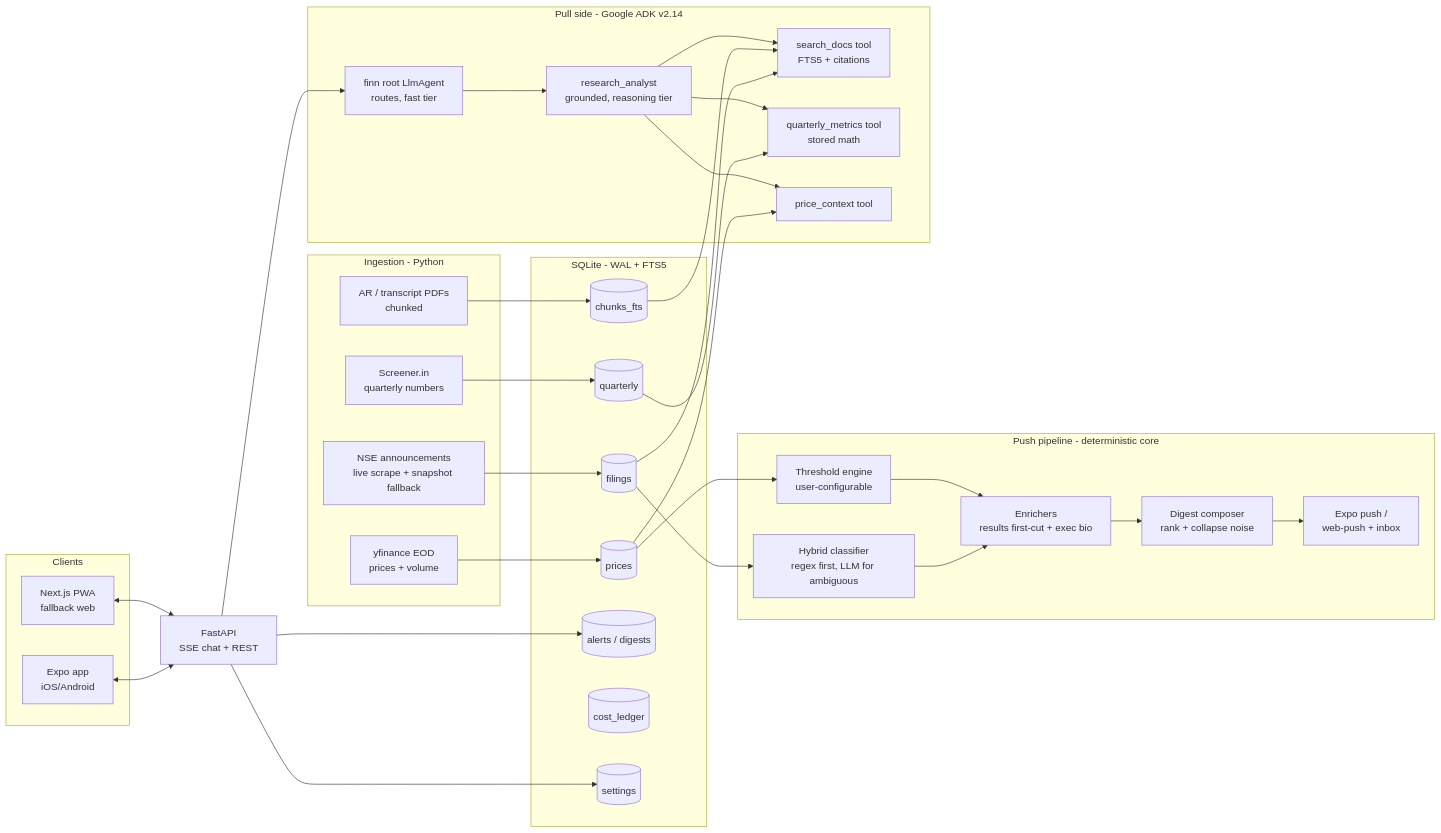
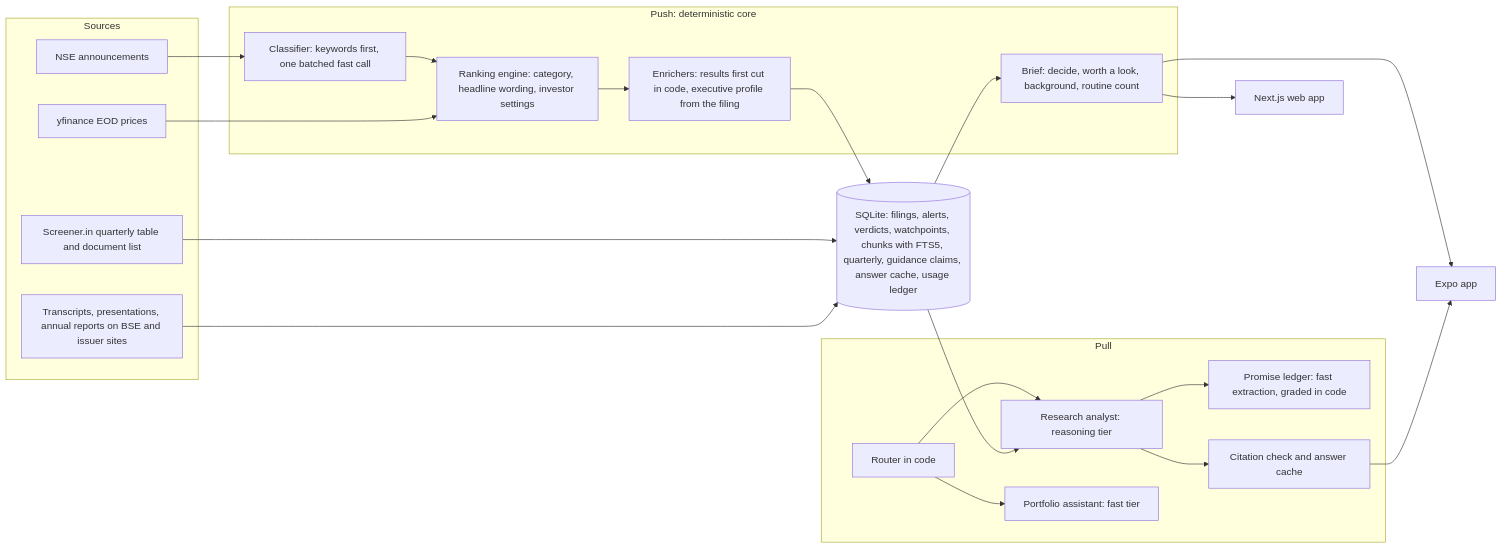
The diagram in docs/ARCHITECTURE.md (Yash04dsr/finn), drawn with Mermaid before and after one commit. The commit also changed other lines of this file and 118 other files, not shown here.

Commit message:
Land the finishable brief, promise ledger and alert evidence page.

````diff
--- a/docs/ARCHITECTURE.md
+++ b/docs/ARCHITECTURE.md
@@ -5,65 +5,40 @@
 ```mermaid
 flowchart LR
-    subgraph ingest [Ingestion - Python]
-        nse[NSE announcements<br/>live scrape + snapshot fallback]
-        yf[yfinance EOD<br/>prices + volume]
-        scr[Screener.in<br/>quarterly numbers]
-        docs[AR / transcript PDFs<br/>chunked]
+    subgraph sources [Sources]
+        nse[NSE announcements]
+        yf[yfinance EOD prices]
+        scr[Screener.in quarterly table and document list]
+        pdf[Transcripts, presentations, annual reports on BSE and issuer sites]
     end
 
-    subgraph store [SQLite - WAL + FTS5]
-        db1[(filings)]
-        db2[(chunks_fts)]
-        db3[(prices)]
-        db4[(quarterly)]
-        db5[(alerts / digests)]
-        db6[(cost_ledger)]
-        db7[(settings)]
+    subgraph push [Push: deterministic core]
+        cls[Classifier: keywords first, one batched fast call]
+        rank[Ranking engine: category, headline wording, investor settings]
+        enr[Enrichers: results first cut in code, executive profile from the filing]
+        brief[Brief: decide, worth a look, background, routine count]
     end
 
-    subgraph push [Push pipeline - deterministic core]
-        cls[Hybrid classifier<br/>regex first, LLM for ambiguous]
-        thr[Threshold engine<br/>user-configurable]
-        enr[Enrichers<br/>results first-cut + exec bio]
-        dgc[Digest composer<br/>rank + collapse noise]
-        wp[Expo push /<br/>web-push + inbox]
+    subgraph pull [Pull]
+        route[Router in code]
+        ra[Research analyst: reasoning tier]
+        asst[Portfolio assistant: fast tier]
+        ledger[Promise ledger: fast extraction, graded in code]
+        cite[Citation check and answer cache]
     end
 
-    subgraph pull [Pull side - Google ADK v2.14]
-        root[finn root LlmAgent<br/>routes, fast tier]
-        ra[research_analyst<br/>grounded, reasoning tier]
-        rag[search_docs tool<br/>FTS5 + citations]
-        met[quarterly_metrics tool<br/>stored math]
-        pcx[price_context tool]
-    end
+    store[(SQLite: filings, alerts, verdicts, watchpoints, chunks with FTS5, quarterly, guidance claims, answer cache, usage ledger)]
 
-    subgraph client [Clients]
-        expo[Expo app<br/>iOS/Android]
-        pwa[Next.js PWA<br/>fallback web]
-    end
-
-    api[FastAPI<br/>SSE chat + REST]
-
-    nse --> db1
-    yf --> db3
-    scr --> db4
-    docs --> db2
-    db1 --> cls
-    db3 --> thr
-    cls --> enr
-    thr --> enr
-    enr --> dgc --> wp
-    db1 --> rag
-    db2 --> rag
-    db4 --> met
-    db3 --> pcx
-    root --> ra
-    ra --> rag
-    ra --> met
-    ra --> pcx
-    api --> root
-    api --> db5
-    api --> db7
-    expo <--> api
-    pwa <--> api
+    nse --> cls --> rank --> enr --> store
+    yf --> rank
+    scr --> store
+    pdf --> store
+    store --> brief
+    route --> ra
+    route --> asst
+    ra --> ledger
+    ra --> cite
+    store --> ra
+    brief --> expo[Expo app]
+    cite --> expo
+    brief --> web[Next.js web app]
 ```
````
